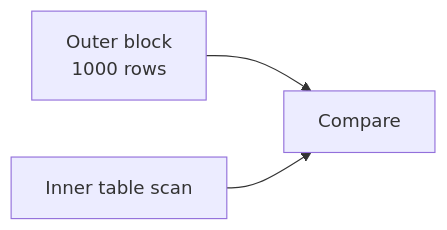
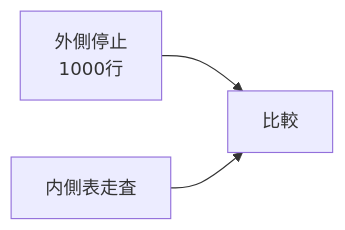
One commit to hirunebot/database-systems-book changed the second of 8 diagrams in src/content/docs/03-query-processing/08-join-algorithms.md. Above: the diagram before and after it, drawn with Mermaid. The commit also changed other lines of this file and 42 other files, not shown here.

````diff
--- a/src/content/docs/03-query-processing/08-join-algorithms.md
+++ b/src/content/docs/03-query-processing/08-join-algorithms.md
@@ -65,5 +65,5 @@
 ```mermaid
 flowchart LR
-    Outer["Outer block<br/>1000 rows"] --> Compare["Compare"]
-    Inner["Inner table scan"] --> Compare
+    Outer["外側停止<br/>1000行"] --> Compare["比較"]
+    Inner["内側表走査"] --> Compare
 ```
````
